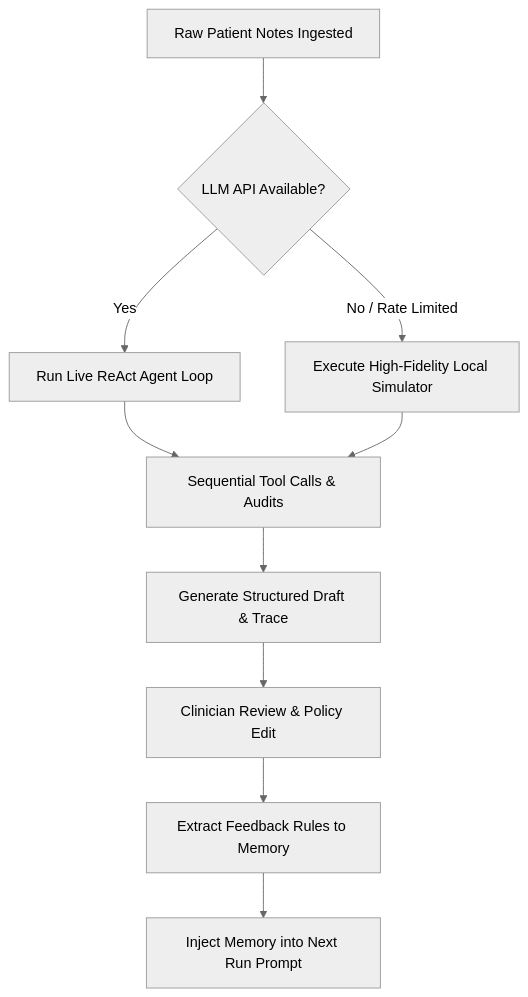
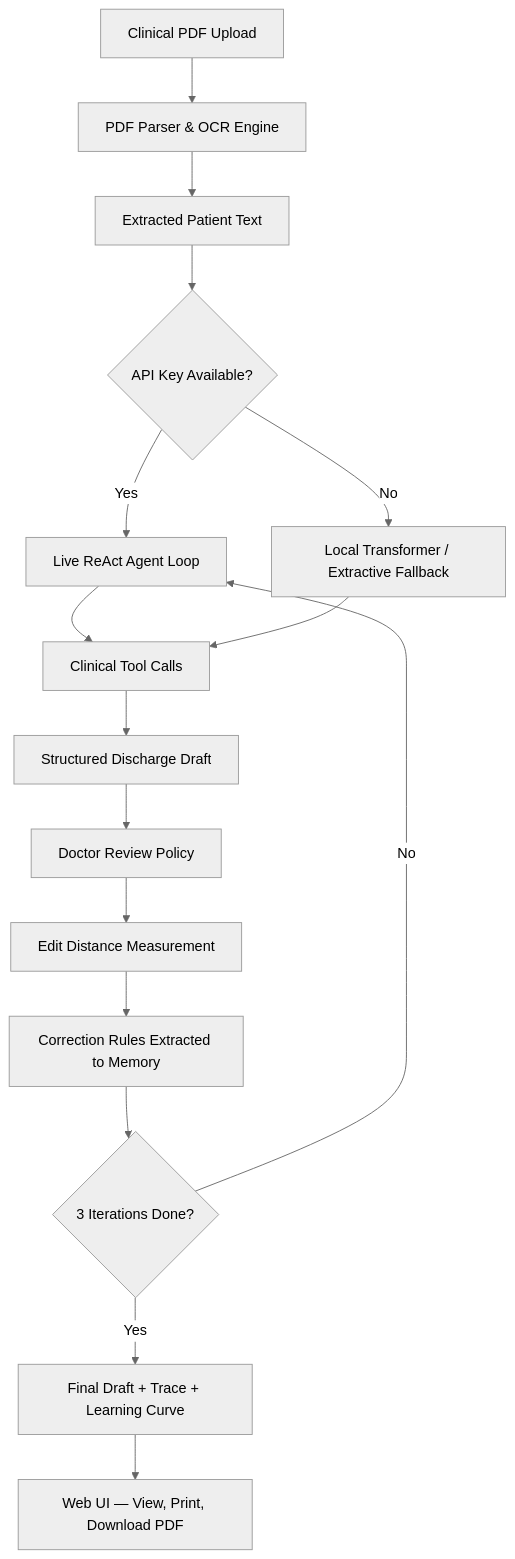
One commit to anshuS1310/Clinical-Discharge-Summary-Agent changed the diagram in README.md. Above: the diagram before and after it, drawn with Mermaid (neutral theme). The commit also changed other lines of this file and 18 other files, not shown here.

````diff
--- a/README.md
+++ b/README.md
@@ -14,12 +23,18 @@
 ```mermaid
 graph TD
-    A[Raw Patient Notes Ingested] --> B{LLM API Available?}
-    B -- Yes --> C[Run Live ReAct Agent Loop]
-    B -- No / Rate Limited --> D[Execute High-Fidelity Local Simulator]
-    C --> E[Sequential Tool Calls & Audits]
-    D --> E
-    E --> F[Generate Structured Draft & Trace]
-    F --> G[Clinician Review & Policy Edit]
-    G --> H[Extract Feedback Rules to Memory]
-    H --> I[Inject Memory into Next Run Prompt]
+    A[Clinical PDF Upload] --> B[PDF Parser & OCR Engine]
+    B --> C[Extracted Patient Text]
+    C --> D{API Key Available?}
+    D -- Yes --> E[Live ReAct Agent Loop]
+    D -- No --> F[Local Transformer / Extractive Fallback]
+    E --> G[Clinical Tool Calls]
+    F --> G
+    G --> H[Structured Discharge Draft]
+    H --> I[Doctor Review Policy]
+    I --> J[Edit Distance Measurement]
+    J --> K[Correction Rules Extracted to Memory]
+    K --> L{3 Iterations Done?}
+    L -- No --> E
+    L -- Yes --> M[Final Draft + Trace + Learning Curve]
+    M --> N[Web UI — View, Print, Download PDF]
 ```
````
